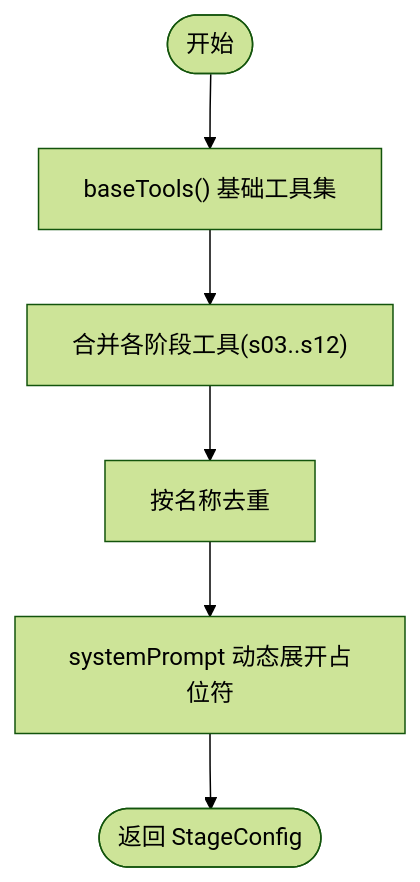
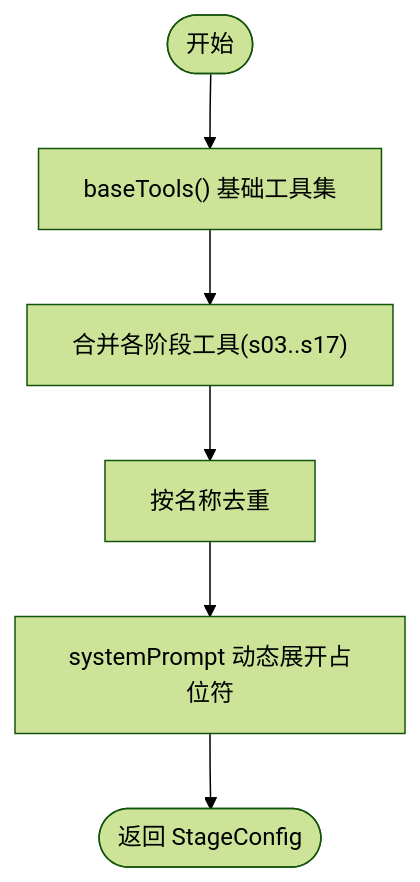
Before and after one commit to chenlds1994/learn-claude-code-java: the fourth of 11 diagrams in .qoder/repowiki/zh/content/架构设计/设计模式应用/工厂模式应用.md, drawn with Mermaid (forest theme). The commit also changed other lines of this file and 143 other files, not shown here.

First line of the commit message:
更新 repowiki 与 drawio 教程图至 17 阶段结构

````diff
--- a/.qoder/repowiki/zh/content/架构设计/设计模式应用/工厂模式应用.md
+++ b/.qoder/repowiki/zh/content/架构设计/设计模式应用/工厂模式应用.md
@@ -165,8 +165,8 @@
 ```mermaid
 flowchart TD
 Start(["开始"]) --> Base["baseTools() 基础工具集"]
-Base --> Merge["合并各阶段工具(s03..s12)"]
+Base --> Merge["合并各阶段工具(s03..s17)"]
 Merge --> Dedupe["按名称去重"]
 Dedupe --> Prompt["systemPrompt 动态展开占位符"]
 Prompt --> End(["返回 StageConfig"])
 ```
````
